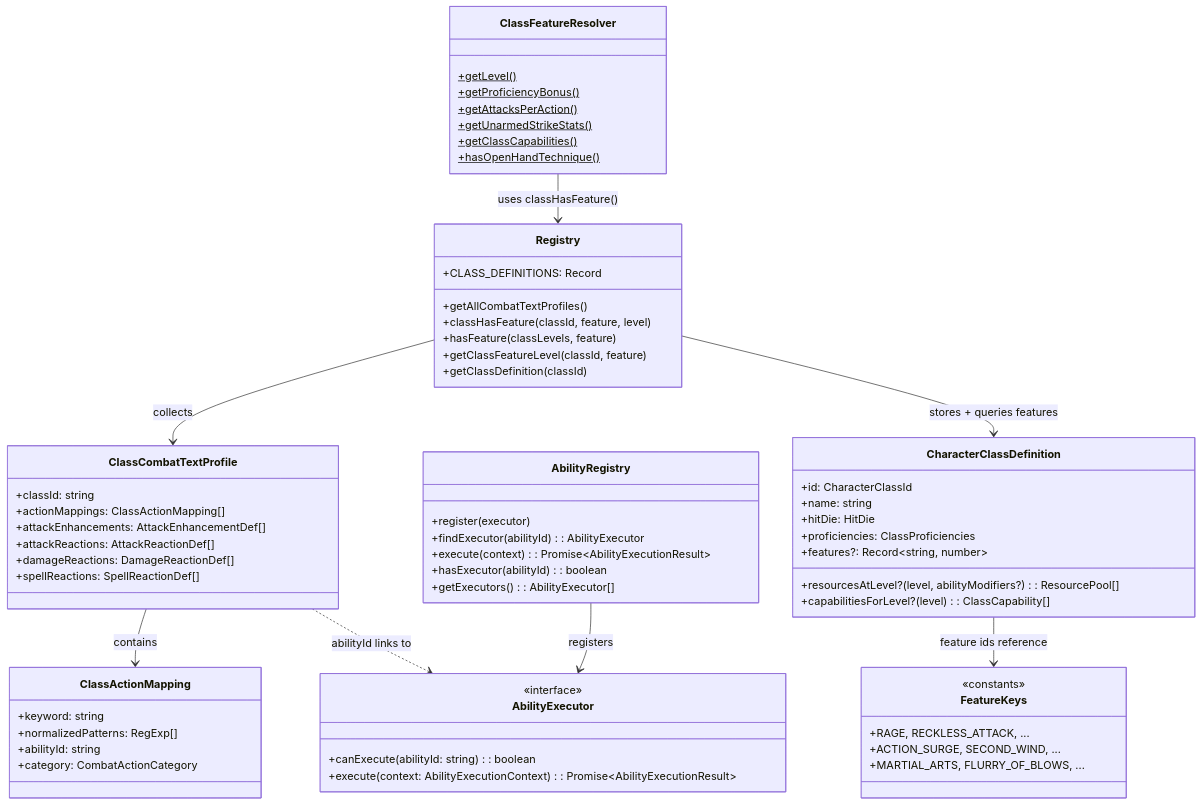
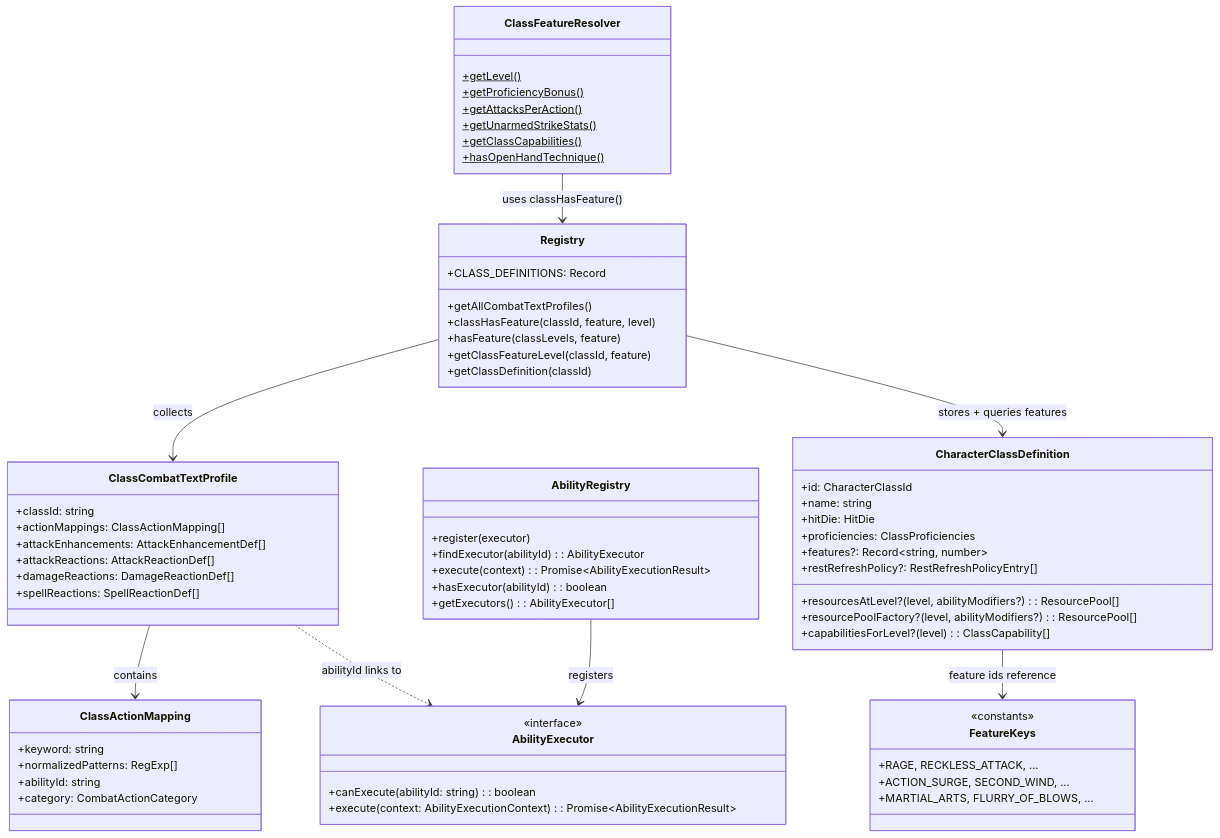
The diagram in .github/instructions/class-abilities.instructions.md (mweyamutsvene/DungeonMaster), drawn with Mermaid before and after one commit. The commit also changed other lines of this file and 5 other files, not shown here.

First line of the commit message:
Expand all 6 flow instruction files based on SME audit

````diff
--- a/.github/instructions/class-abilities.instructions.md
+++ b/.github/instructions/class-abilities.instructions.md
@@ -13,68 +13,70 @@
 ```mermaid
 classDiagram
     class ClassCombatTextProfile {
         +classId: string
         +actionMappings: ClassActionMapping[]
         +attackEnhancements: AttackEnhancementDef[]
         +attackReactions: AttackReactionDef[]
         +damageReactions: DamageReactionDef[]
         +spellReactions: SpellReactionDef[]
     }
     class ClassActionMapping {
         +keyword: string
         +normalizedPatterns: RegExp[]
         +abilityId: string
         +category: CombatActionCategory
     }
     class AbilityExecutor {
         <<interface>>
         +canExecute(abilityId: string): boolean
         +execute(context: AbilityExecutionContext): Promise~AbilityExecutionResult~
     }
     class AbilityRegistry {
         +register(executor)
         +findExecutor(abilityId): AbilityExecutor
         +execute(context): Promise~AbilityExecutionResult~
         +hasExecutor(abilityId): boolean
         +getExecutors(): AbilityExecutor[]
     }
     class CharacterClassDefinition {
         +id: CharacterClassId
         +name: string
         +hitDie: HitDie
         +proficiencies: ClassProficiencies
         +features?: Record~string, number~
         +resourcesAtLevel?(level, abilityModifiers?): ResourcePool[]
+        +resourcePoolFactory?(level, abilityModifiers?): ResourcePool[]
+        +restRefreshPolicy?: RestRefreshPolicyEntry[]
         +capabilitiesForLevel?(level): ClassCapability[]
     }
     class Registry {
         +CLASS_DEFINITIONS: Record
         +getAllCombatTextProfiles()
         +classHasFeature(classId, feature, level)
         +hasFeature(classLevels, feature)
         +getClassFeatureLevel(classId, feature)
         +getClassDefinition(classId)
     }
     class FeatureKeys {
         <<constants>>
         +RAGE, RECKLESS_ATTACK, ...
         +ACTION_SURGE, SECOND_WIND, ...
         +MARTIAL_ARTS, FLURRY_OF_BLOWS, ...
     }
     class ClassFeatureResolver {
         +getLevel()$
         +getProficiencyBonus()$
         +getAttacksPerAction()$
         +getUnarmedStrikeStats()$
         +getClassCapabilities()$
         +hasOpenHandTechnique()$
     }
 
     Registry --> ClassCombatTextProfile : collects
     Registry --> CharacterClassDefinition : stores + queries features
     CharacterClassDefinition --> FeatureKeys : feature ids reference
     ClassCombatTextProfile --> ClassActionMapping : contains
     AbilityRegistry --> AbilityExecutor : registers
     ClassCombatTextProfile ..> AbilityExecutor : abilityId links to
     ClassFeatureResolver --> Registry : uses classHasFeature()
 ```
````
